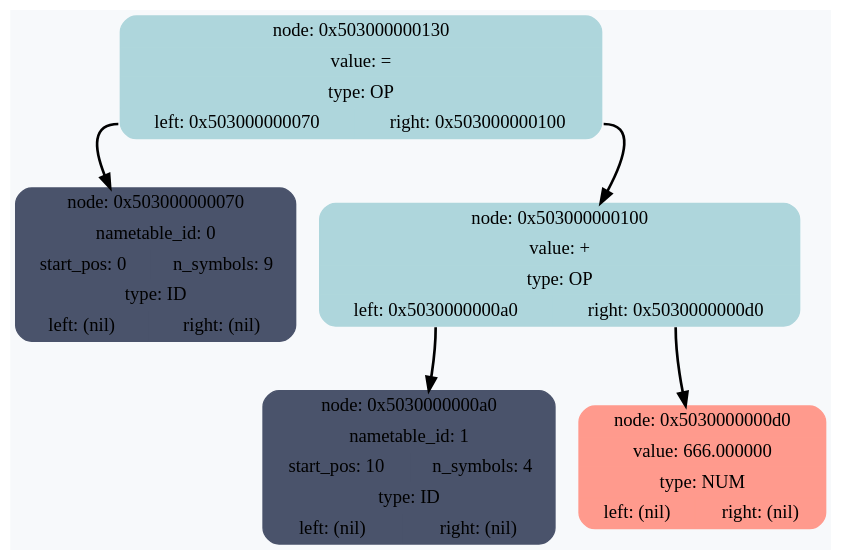
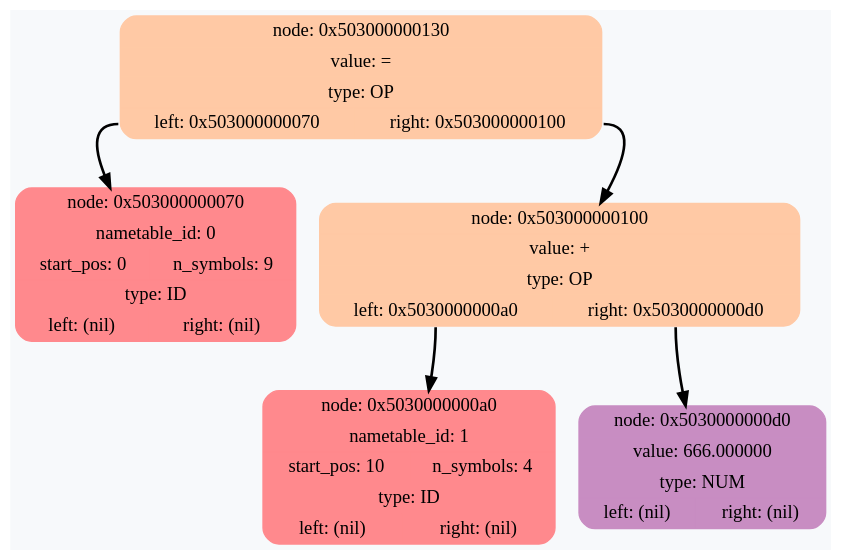
The diagram in bin/dot/DiffDump.dot (RTCupid/Programming_Language), drawn with Graphviz before and after one commit. The commit also changed 7 other files, not shown here.

Commit message:
change colors of tree to flowers violet

```diff
--- a/bin/dot/DiffDump.dot
+++ b/bin/dot/DiffDump.dot
@@ -1,13 +1,13 @@
 digraph G {
 	rankdir = HR;
 	bgcolor="#F7F9FB"
-	 node0x503000000130 [shape=Mrecord; style=filled; color="#aed6dc"; label =  "{node: 0x503000000130 | value: = | type: OP | {<left>left: 0x503000000070 | <right>right: 0x503000000100}  }" ];
+	 node0x503000000130 [shape=Mrecord; style=filled; color=" #FFC9A5"; label =  "{node: 0x503000000130 | value: = | type: OP | {<left>left: 0x503000000070 | <right>right: 0x503000000100}  }" ];
 	 node0x503000000130:<left> -> node0x503000000070 [style=bold; weight=1000; ];
 	 node0x503000000130:<right> -> node0x503000000100 [style=bold; weight=1000; ];
-	 node0x503000000070 [shape=Mrecord; style=filled; color="#4a536b"; label =  "{node: 0x503000000070 | nametable_id: 0 | {start_pos: 0 | n_symbols: 9} | type: ID | {<left>left: (nil) | <right>right: (nil)}  }" ];
-	 node0x503000000100 [shape=Mrecord; style=filled; color="#aed6dc"; label =  "{node: 0x503000000100 | value: + | type: OP | {<left>left: 0x5030000000a0 | <right>right: 0x5030000000d0}  }" ];
+	 node0x503000000070 [shape=Mrecord; style=filled; color="#FF898D"; label =  "{node: 0x503000000070 | nametable_id: 0 | {start_pos: 0 | n_symbols: 9} | type: ID | {<left>left: (nil) | <right>right: (nil)}  }" ];
+	 node0x503000000100 [shape=Mrecord; style=filled; color=" #FFC9A5"; label =  "{node: 0x503000000100 | value: + | type: OP | {<left>left: 0x5030000000a0 | <right>right: 0x5030000000d0}  }" ];
 	 node0x503000000100:<left> -> node0x5030000000a0 [style=bold; weight=1000; ];
 	 node0x503000000100:<right> -> node0x5030000000d0 [style=bold; weight=1000; ];
-	 node0x5030000000a0 [shape=Mrecord; style=filled; color="#4a536b"; label =  "{node: 0x5030000000a0 | nametable_id: 1 | {start_pos: 10 | n_symbols: 4} | type: ID | {<left>left: (nil) | <right>right: (nil)}  }" ];
-	 node0x5030000000d0 [shape=Mrecord; style=filled; color="#ff9a8d"; label =  "{node: 0x5030000000d0 | value: 666.000000 | type: NUM | {<left>left: (nil) | <right>right: (nil)}  }" ];
+	 node0x5030000000a0 [shape=Mrecord; style=filled; color="#FF898D"; label =  "{node: 0x5030000000a0 | nametable_id: 1 | {start_pos: 10 | n_symbols: 4} | type: ID | {<left>left: (nil) | <right>right: (nil)}  }" ];
+	 node0x5030000000d0 [shape=Mrecord; style=filled; color="#C88DC2"; label =  "{node: 0x5030000000d0 | value: 666.000000 | type: NUM | {<left>left: (nil) | <right>right: (nil)}  }" ];
 }
```
